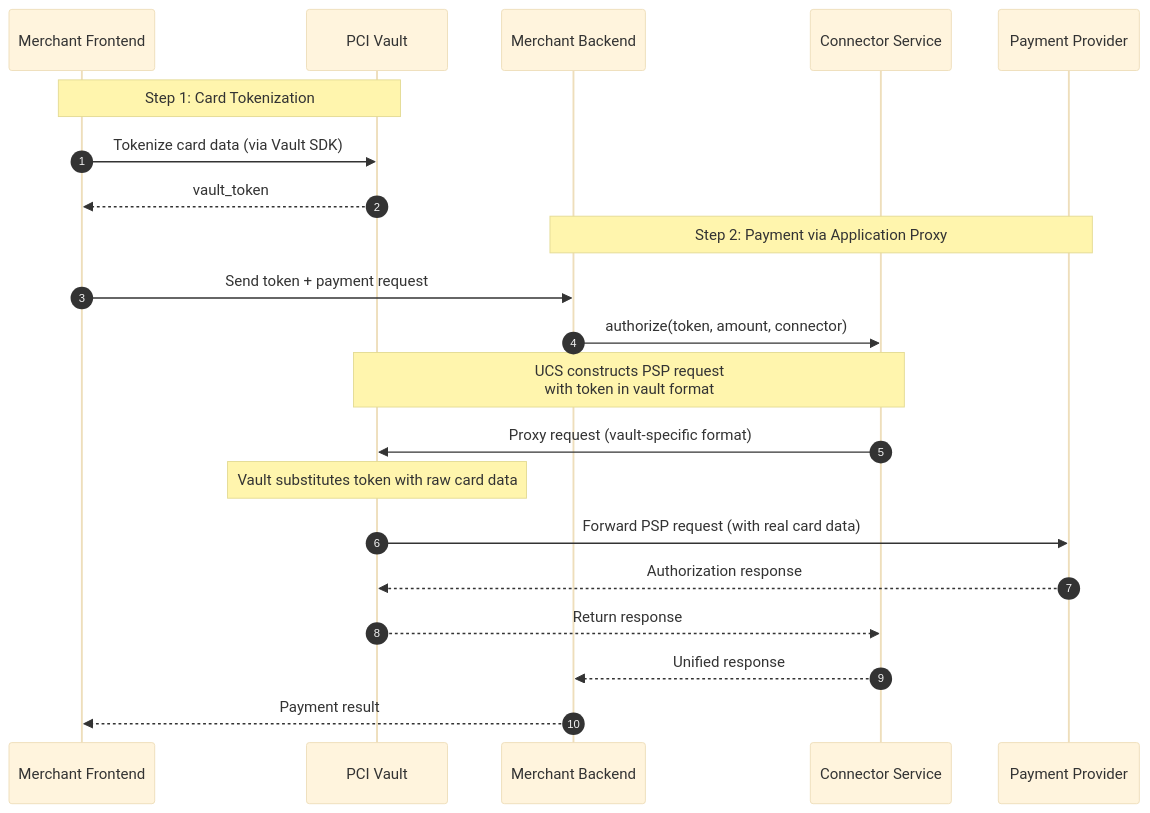
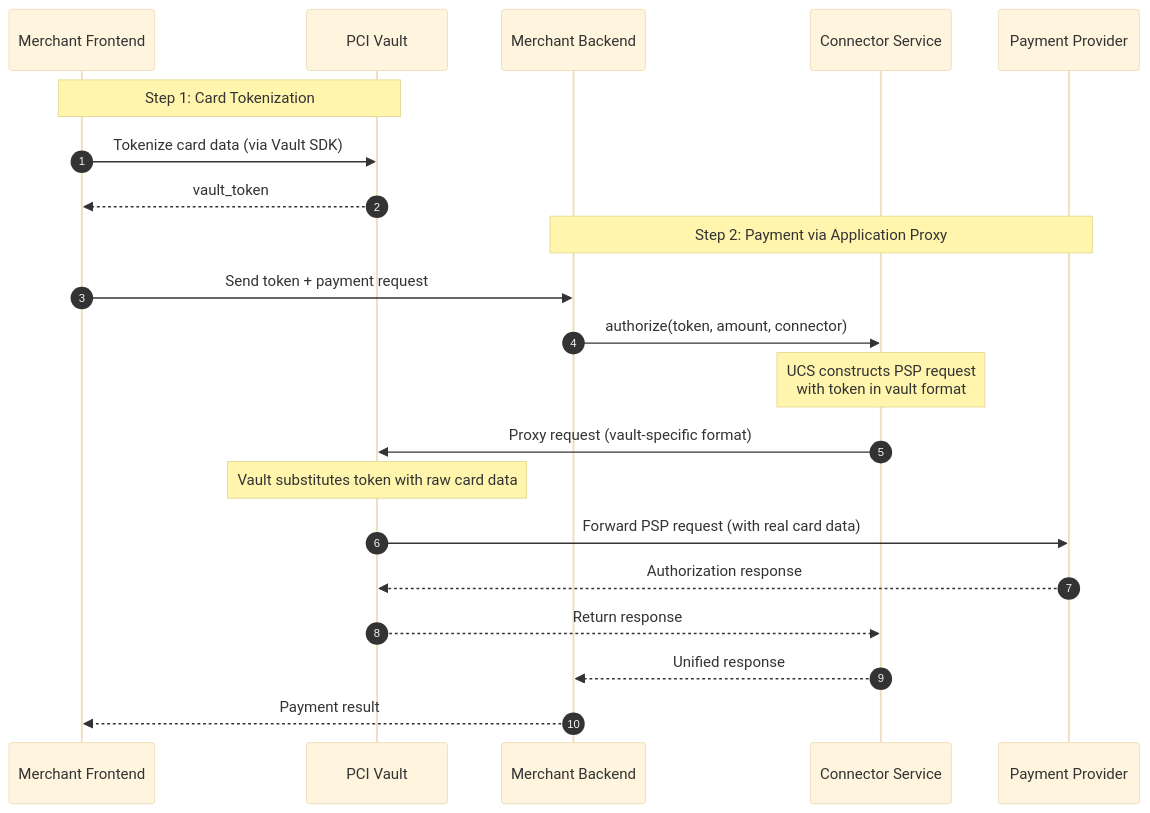
One commit to juspay/connector-service changed the diagram in docs/pci-compliance/application-proxy.md. Above: the diagram before and after it, drawn with Mermaid (base theme). The commit also changed 2 other files, not shown here.

Commit message:
docs: fix all mermaid diagram notes to use 'note over' consistently
Change all 'note right of' to 'note over' for single participants:
- README.md: note over connector-service
- application-proxy.md: note over UCS
- network-proxy.md: note over UCS, note over FE, note over BE

Also fix 'note over X,Y' spanning multiple participants to single participant:
- README.md: note over connector-service (was connector-service,Vault)
- application-proxy.md: note over UCS (was UCS,Vault)

This ensures clean, consistent rendering in mermaid diagrams.

````diff
--- a/docs/pci-compliance/application-proxy.md
+++ b/docs/pci-compliance/application-proxy.md
@@ -25,25 +25,25 @@
 ```mermaid
 sequenceDiagram
     autonumber
     participant FE as Merchant Frontend
     participant Vault as PCI Vault
     participant BE as Merchant Backend
     participant UCS as Connector Service
     participant PSP as Payment Provider
 
     Note over FE,Vault: Step 1: Card Tokenization
     FE->>Vault: Tokenize card data (via Vault SDK)
     Vault-->>FE: vault_token
 
     Note over BE,PSP: Step 2: Payment via Application Proxy
     FE->>BE: Send token + payment request
     BE->>UCS: authorize(token, amount, connector)
-    Note over UCS,Vault: UCS constructs PSP request<br/>with token in vault format
+    Note over UCS: UCS constructs PSP request<br/>with token in vault format
     UCS->>Vault: Proxy request (vault-specific format)
     Note over Vault: Vault substitutes token with raw card data
     Vault->>PSP: Forward PSP request (with real card data)
     PSP-->>Vault: Authorization response
     Vault-->>UCS: Return response
     UCS-->>BE: Unified response
     BE-->>FE: Payment result
 ```
````
